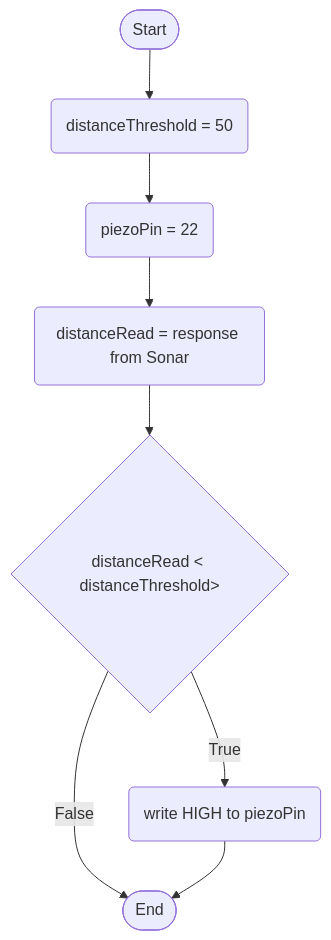
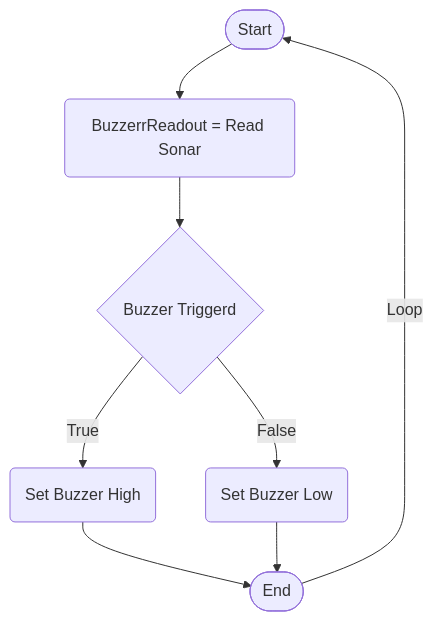
One commit to GiucciBoi/Programming-2022LTC changed the second of 2 diagrams in Logic.md. Above: the diagram before and after it, drawn with Mermaid. The commit also changed other lines of this file, not shown here.

Commit message:
My Flowcharts

````diff
--- a/Logic.md
+++ b/Logic.md
@@ -1,19 +17,17 @@
 ```mermaid 
 flowchart TD
 terminalStart([Start])
 terminalEnd([End])
 
-thresholdSet(distanceThreshold = 50)
-setPiezoPin(piezoPin = 22)
-currentDistanceReading(distanceRead = response from Sonar)
-activatePiezo(write HIGH to piezoPin)
-ifDistanceLessThanThreshold{distanceRead < distanceThreshold>}
+ReadBuzzer(BuzzerrReadout = Read Sonar)
+if{Buzzer Triggerd}
+BZon(Set Buzzer High)
+BZoff(Set Buzzer Low)
 
-terminalStart --> thresholdSet
-thresholdSet --> setPiezoPin
-setPiezoPin --> currentDistanceReading
-currentDistanceReading --> ifDistanceLessThanThreshold
-ifDistanceLessThanThreshold --> |True| activatePiezo
-ifDistanceLessThanThreshold --> |False| terminalEnd
-activatePiezo --> terminalEnd
+terminalStart --> ReadBuzzer --> if
+if --> |True| BZon --> terminalEnd
+if --> |False| BZoff --> terminalEnd
+terminalEnd --> |Loop|terminalStart
+
+
 ```
````
